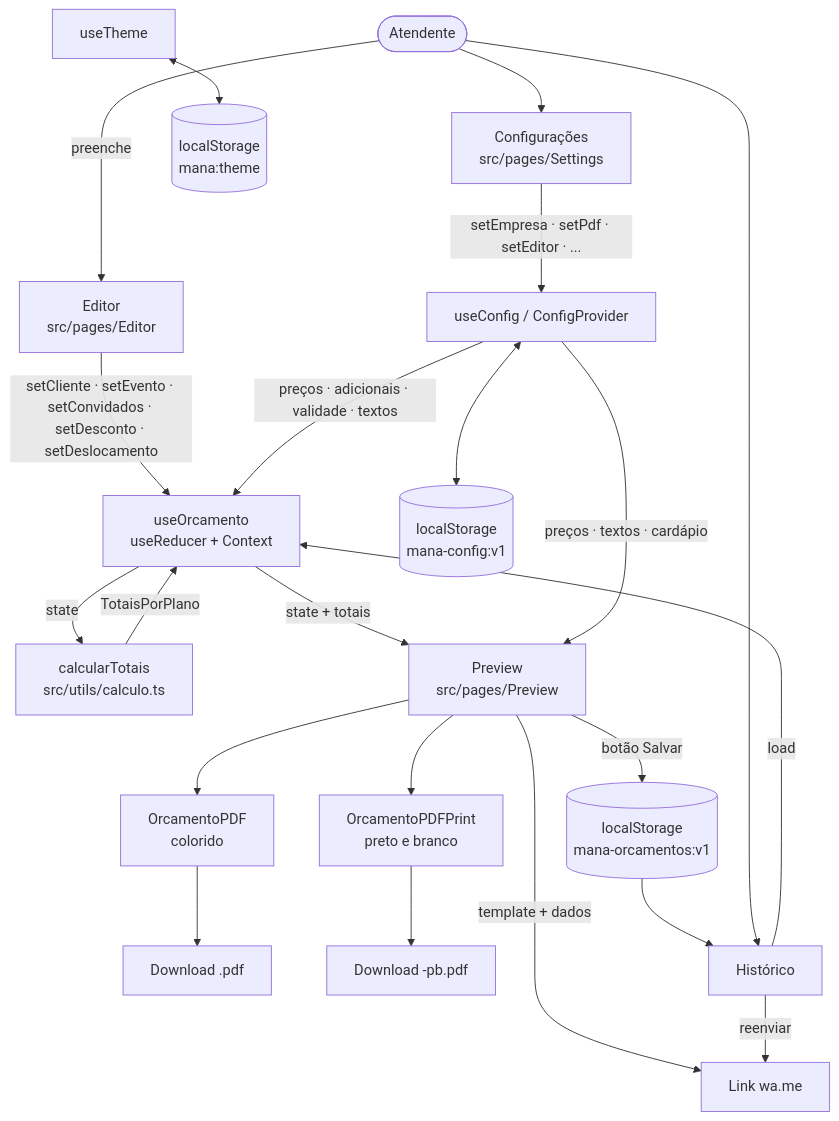
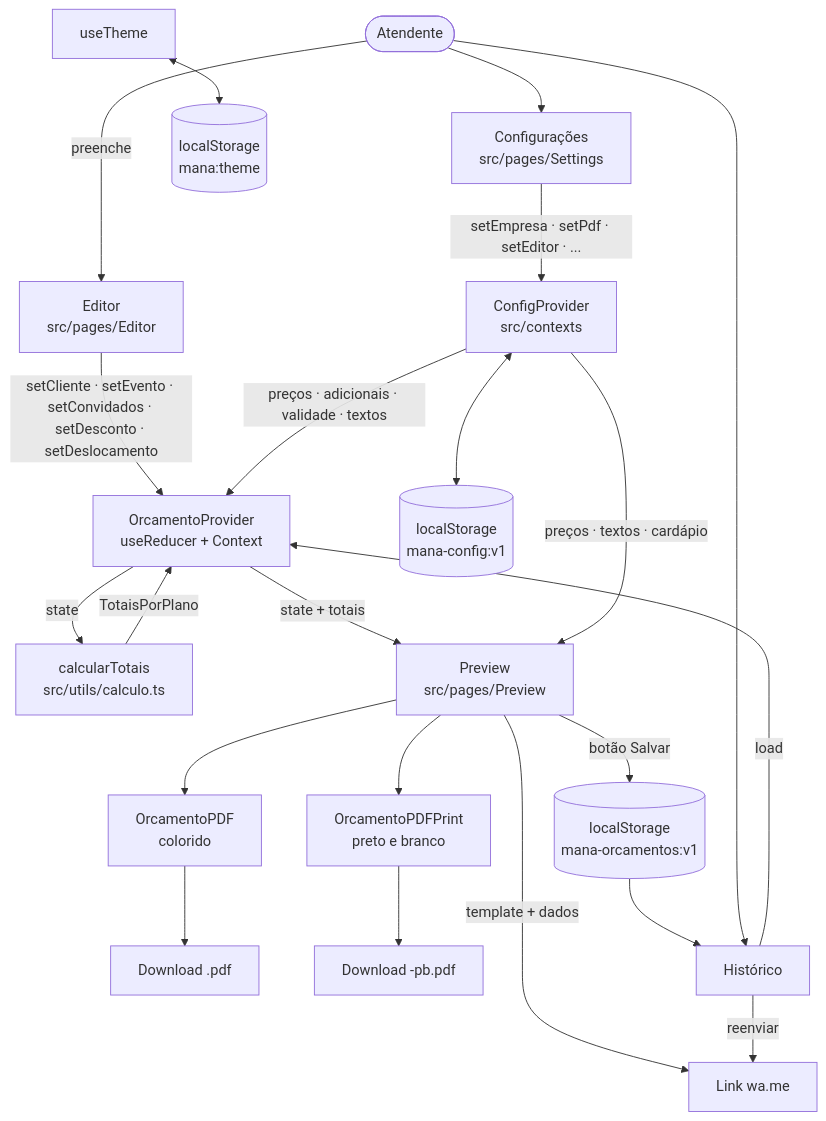
One commit to pamplona007/mana-orcamentos changed the diagram in docs/ARQUITETURA.md. Above: the diagram before and after it, drawn with Mermaid. The commit also changed other lines of this file and 1 other file, not shown here.

````diff
--- a/docs/ARQUITETURA.md
+++ b/docs/ARQUITETURA.md
@@ -17,24 +17,24 @@
 ```mermaid
 flowchart TD
     U([Atendente]) -->|preenche| E[Editor<br/>src/pages/Editor]
-    E -->|setCliente · setEvento · setConvidados · setDesconto · setDeslocamento| O[useOrcamento<br/>useReducer + Context]
+    E -->|setCliente · setEvento · setConvidados · setDesconto · setDeslocamento| O[OrcamentoProvider<br/>useReducer + Context]
     O -->|state| C[calcularTotais<br/>src/utils/calculo.ts]
     C -->|TotaisPorPlano| O
     O -->|state + totais| P[Preview<br/>src/pages/Preview]
     P -->|botão Salvar| S[(localStorage<br/>mana-orcamentos:v1)]
     P --> PC[OrcamentoPDF<br/>colorido]
     P --> PP[OrcamentoPDFPrint<br/>preto e branco]
     PC --> D1[Download .pdf]
     PP --> D2[Download -pb.pdf]
     P -->|template + dados| W[Link wa.me]
     S --> H[Histórico]
     H -->|load| O
     H -->|reenviar| W
-    CFG[useConfig / ConfigProvider] -->|preços · adicionais · validade · textos| O
+    CFG[ConfigProvider<br/>src/contexts] -->|preços · adicionais · validade · textos| O
     CFG -->|preços · textos · cardápio| P
     CFG <--> CS[(localStorage<br/>mana-config:v1)]
     Ajustes[Configurações<br/>src/pages/Settings] -->|setEmpresa · setPdf · setEditor · ...| CFG
     U --> Ajustes
     U --> H
     T[useTheme] <--> TS[(localStorage<br/>mana:theme)]
 ```
````
